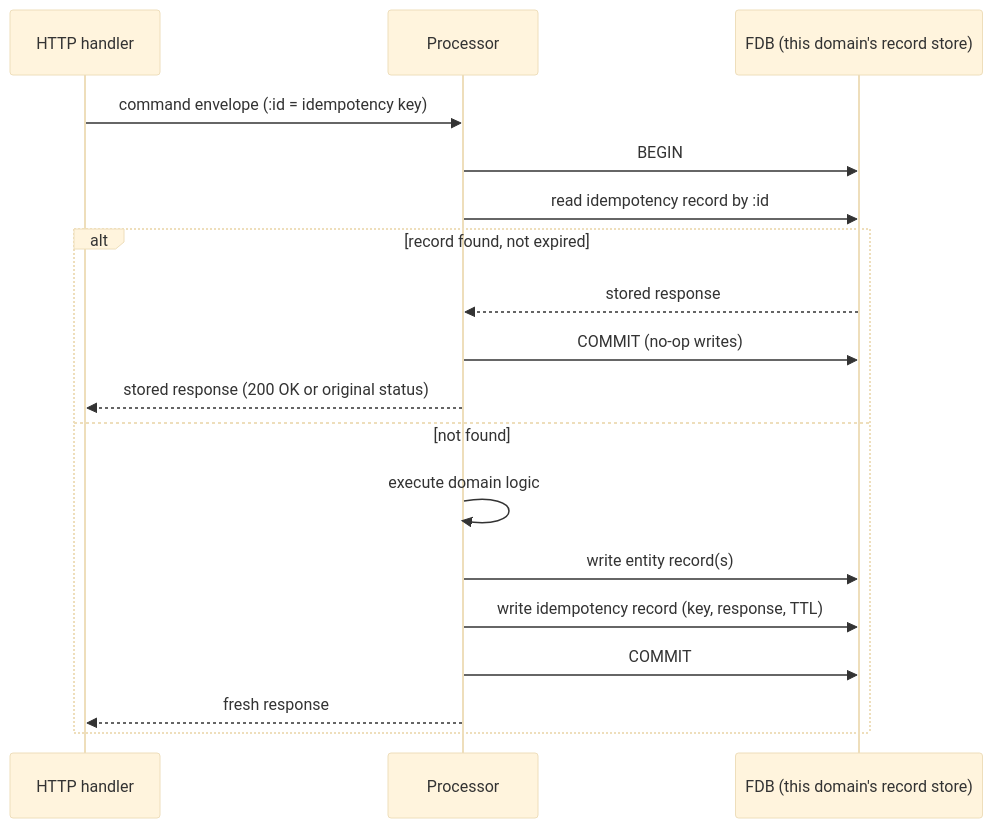
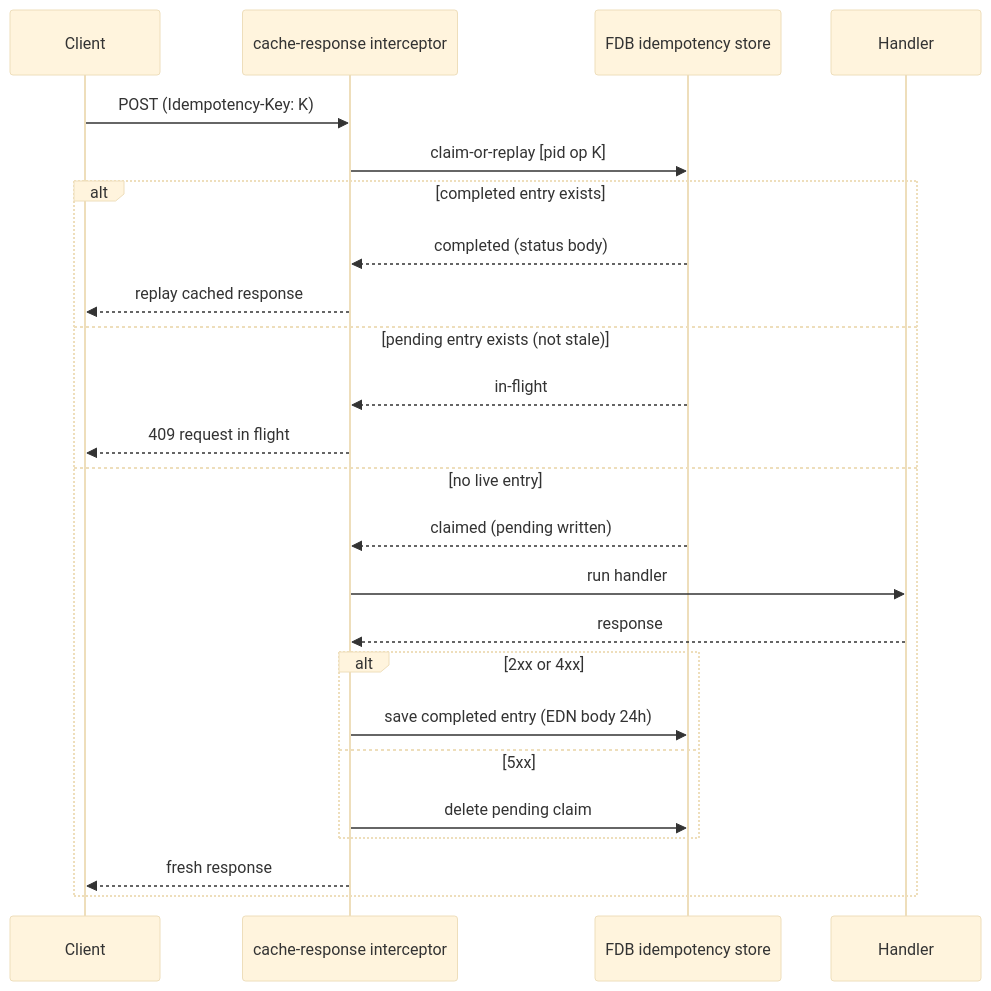
Before and after one commit to kjothen/queenswood: the diagram in docs/tdd/idempotency.md, drawn with Mermaid (base theme). The commit also changed other lines of this file and 4 other files, not shown here.

````diff
--- a/docs/tdd/idempotency.md
+++ b/docs/tdd/idempotency.md
@@ -95,21 +107,27 @@
 ```mermaid
 sequenceDiagram
-    participant H as HTTP handler
-    participant P as Processor
-    participant F as FDB (this domain's record store)
+    participant C as Client
+    participant I as cache-response interceptor
+    participant F as FDB idempotency store
+    participant H as Handler
 
-    H->>P: command envelope (:id = idempotency key)
-    P->>F: BEGIN
-    P->>F: read idempotency record by :id
-    alt record found, not expired
-        F-->>P: stored response
-        P->>F: COMMIT (no-op writes)
-        P-->>H: stored response (200 OK or original status)
-    else not found
-        P->>P: execute domain logic
-        P->>F: write entity record(s)
-        P->>F: write idempotency record (key, response, TTL)
-        P->>F: COMMIT
-        P-->>H: fresh response
+    C->>I: POST (Idempotency-Key: K)
+    I->>F: claim-or-replay [pid op K]
+    alt completed entry exists
+        F-->>I: completed (status body)
+        I-->>C: replay cached response
+    else pending entry exists (not stale)
+        F-->>I: in-flight
+        I-->>C: 409 request in flight
+    else no live entry
+        F-->>I: claimed (pending written)
+        I->>H: run handler
+        H-->>I: response
+        alt 2xx or 4xx
+            I->>F: save completed entry (EDN body 24h)
+        else 5xx
+            I->>F: delete pending claim
+        end
+        I-->>C: fresh response
     end
 ```
````
